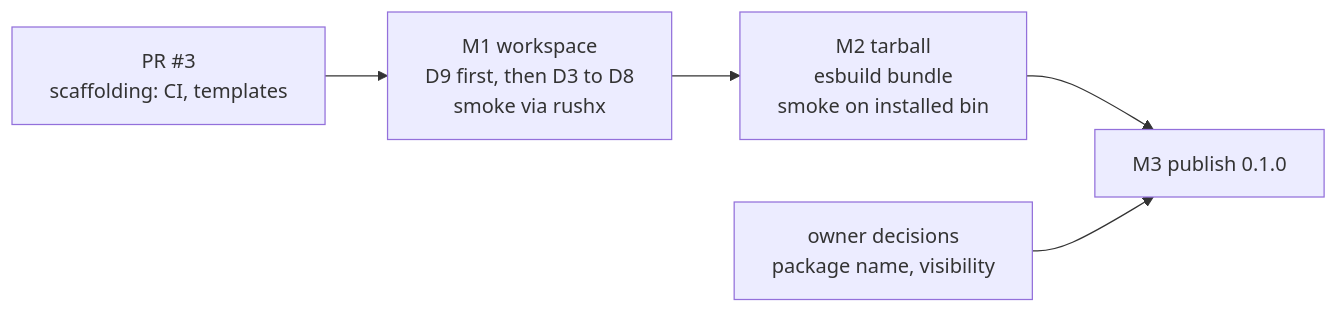
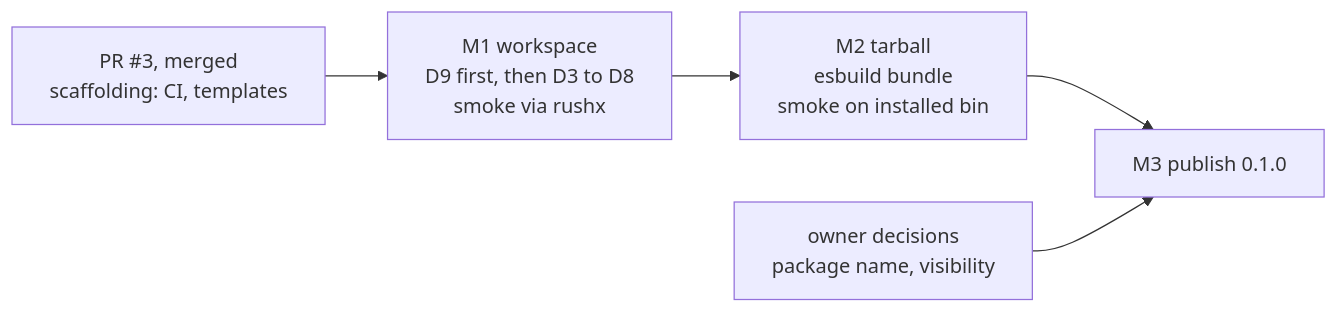
The fourth of 4 diagrams in docs/plans/0001-external-release.md (PerfectPan/estela), drawn with Mermaid before and after one commit. The commit also changed other lines of this file and 3 other files, not shown here.

````diff
--- a/docs/plans/0001-external-release.md
+++ b/docs/plans/0001-external-release.md
@@ -318,7 +318,7 @@
 ```mermaid
 flowchart LR
-  scaf["PR #3<br/>scaffolding: CI, templates"] --> m1
+  scaf["PR #3, merged<br/>scaffolding: CI, templates"] --> m1
   m1["M1 workspace<br/>D9 first, then D3 to D8<br/>smoke via rushx"] --> m2["M2 tarball<br/>esbuild bundle<br/>smoke on installed bin"]
   m2 --> m3["M3 publish 0.1.0"]
   owner["owner decisions<br/>package name, visibility"] --> m3
 ```
````
